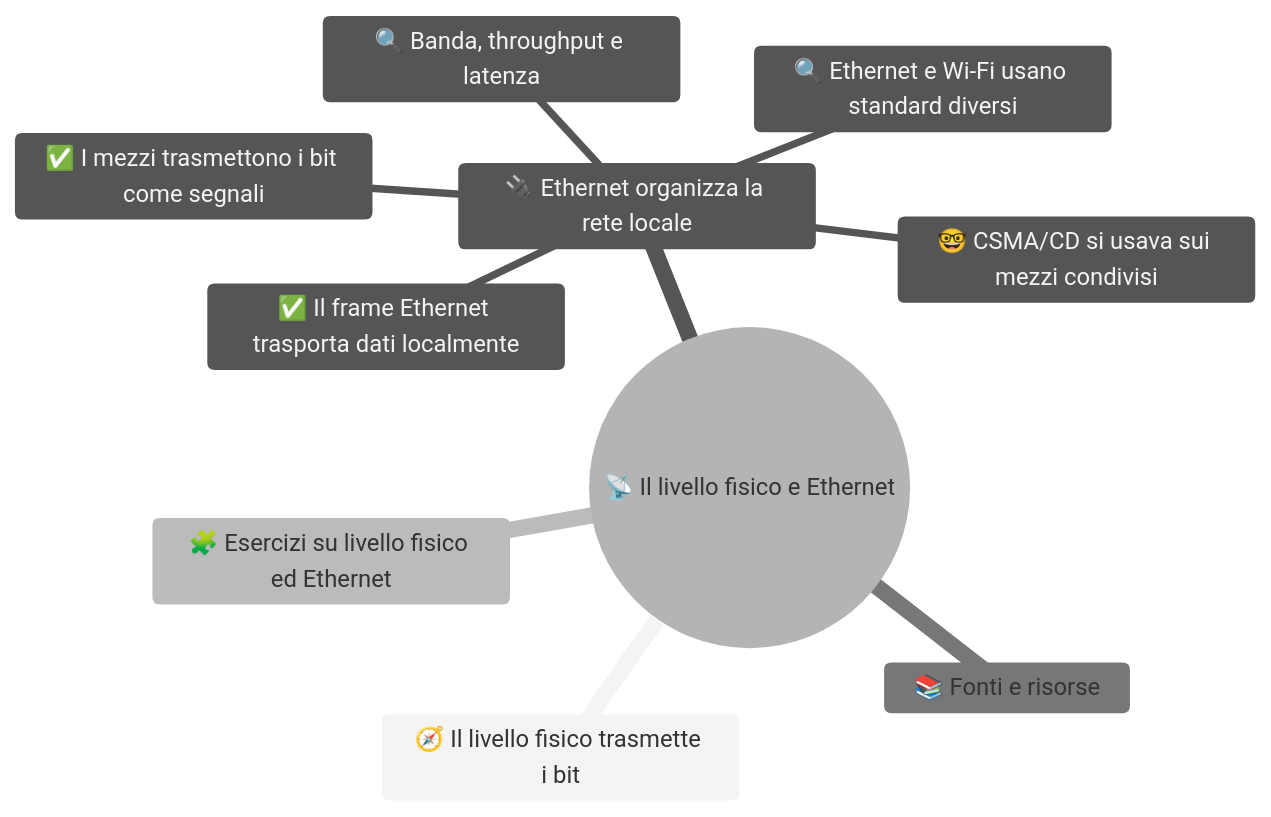
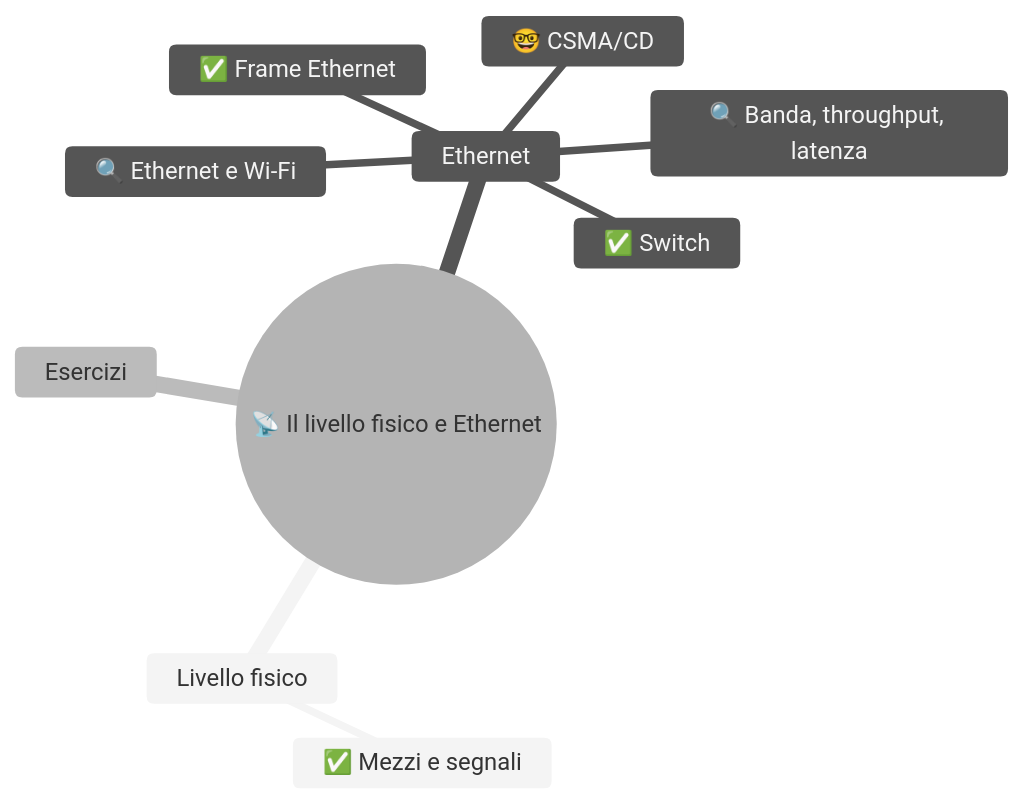
One commit to Neeqstock/dispense-caramuel changed the diagram in 4DI - Sistemi e Reti/1 SETT-OTT/(STU) 4DI sett-ott S2 - Il livello fisico e Ethernet.md. Above: the diagram before and after it, drawn with Mermaid (neutral theme). The commit also changed other lines of this file and 19 other files, not shown here.

Commit message:
4DI, mermaid

````diff
--- a/4DI - Sistemi e Reti/1 SETT-OTT/(STU) 4DI sett-ott S2 - Il livello fisico e Ethernet.md
+++ b/4DI - Sistemi e Reti/1 SETT-OTT/(STU) 4DI sett-ott S2 - Il livello fisico e Ethernet.md
@@ -7,13 +13,13 @@
 ```mermaid
 mindmap
   root((📡 Il livello fisico e Ethernet))
-    🧭 Il livello fisico trasmette i bit
-    🔌 Ethernet organizza la rete locale
-      ✅ I mezzi trasmettono i bit come segnali
-      ✅ Il frame Ethernet trasporta dati localmente
-      🔍 Ethernet e Wi-Fi usano standard diversi
-      🔍 Banda, throughput e latenza
-      🤓 CSMA/CD si usava sui mezzi condivisi
-    🧩 Esercizi su livello fisico ed Ethernet
-    📚 Fonti e risorse
+    Livello fisico
+      ✅ Mezzi e segnali
+    Ethernet
+      ✅ Frame Ethernet
+      ✅ Switch
+      🔍 Ethernet e Wi-Fi
+      🔍 Banda, throughput, latenza
+      🤓 CSMA/CD
+    Esercizi
 ```
````
